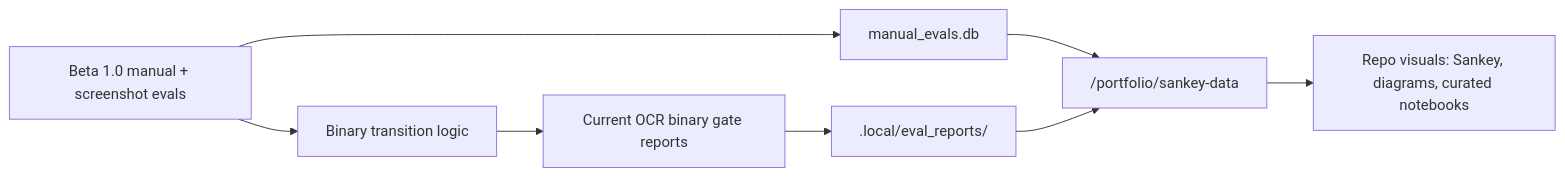
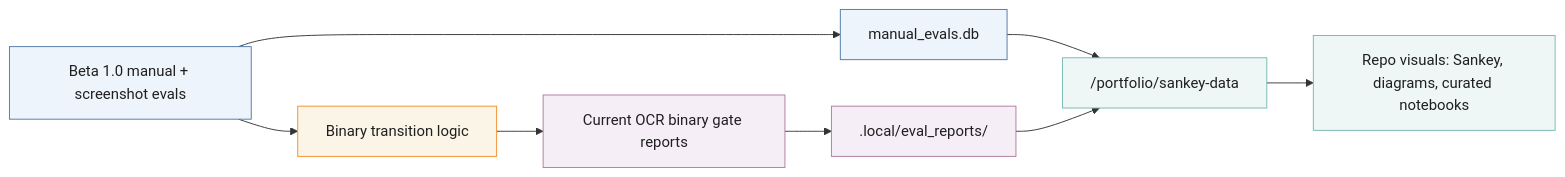
The third of 3 diagrams in docs/public/DIAGRAMS.md (tryskian/polinko), drawn with Mermaid before and after one commit. The commit also changed other lines of this file and 11 other files, not shown here.

First line of the commit message:
Add public diagram render pipeline (#344)

````diff
--- a/docs/public/DIAGRAMS.md
+++ b/docs/public/DIAGRAMS.md
@@ -46,11 +87,21 @@
 ```mermaid
 flowchart LR
   B1["Beta 1.0 manual + screenshot evals"] --> X["Binary transition logic"]
   X --> B2["Current OCR binary gate reports"]
 
   B1 --> W["manual_evals.db"]
   B2 --> R[".local/eval_reports/"]
   W --> P["/portfolio/sankey-data"]
   R --> P
   P --> V["Repo visuals: Sankey, diagrams, curated notebooks"]
+
+  classDef legacy fill:#EEF4FB,stroke:#4E79A7,color:#1F1F1F;
+  classDef bridge fill:#FBF5E8,stroke:#F28E2B,color:#1F1F1F;
+  classDef current fill:#F6EEF7,stroke:#B07AA1,color:#1F1F1F;
+  classDef evidence fill:#EEF7F6,stroke:#76B7B2,color:#1F1F1F;
+
+  class B1,W legacy;
+  class X bridge;
+  class B2,R current;
+  class P,V evidence;
 ```
````
